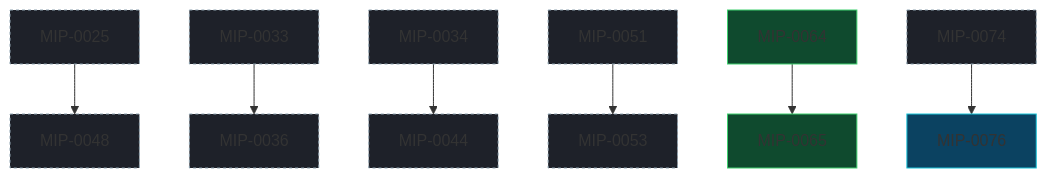
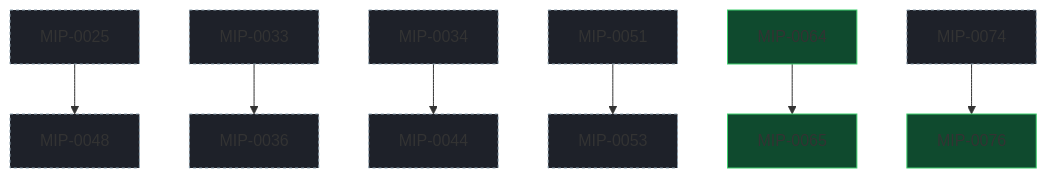
Before and after one commit to marola-dev/marola: the diagram in docs/MIPs/README.md, drawn with Mermaid. The commit also changed other lines of this file and 1 other file, not shown here.

Commit message:
docs(mips): MIP-0076 implemented (#758)
All 18 rows of MIP-0076.tasks.md merged across seven repos, with the fixes found on the way
(MAROLA_BUMP_PAT, the multi-line marketplace ref, array-built dispatch types) and the new-repo and
graphify-update docs the maintainer asked for before calling it done. Cost is each commit's trailer
counted once, since a stacked PR's commit list repeats the rows below it.

Closes #666
Closes #660

Tested: mip_graph.py --check (graph current, MIP-0076 now implemented); docs_lint; wiring --check (v0.8.1) green on a fresh --recurse-submodules clone of main at 5c39e95; row 16's re-test is #753's table
Cost: ~$0.71 · diff-size estimate (cost-split --estimate-commit)

````diff
--- a/docs/MIPs/README.md
+++ b/docs/MIPs/README.md
@@ -97,25 +97,25 @@
 ```mermaid
 flowchart TD
   classDef draft fill:#1e2129,stroke:#8fa3b0,stroke-dasharray:3 3;
   classDef accepted fill:#0b4261,stroke:#1ac5da;
   classDef implemented fill:#0f4a2e,stroke:#3ecf6e;
   classDef rejected fill:#2a2d35,stroke:#666,color:#999;
   M0025["MIP-0025"]:::draft
   M0033["MIP-0033"]:::draft
   M0034["MIP-0034"]:::draft
   M0036["MIP-0036"]:::draft
   M0044["MIP-0044"]:::draft
   M0048["MIP-0048"]:::draft
   M0051["MIP-0051"]:::draft
   M0053["MIP-0053"]:::draft
   M0064["MIP-0064"]:::implemented
   M0065["MIP-0065"]:::implemented
   M0074["MIP-0074"]:::draft
-  M0076["MIP-0076"]:::accepted
+  M0076["MIP-0076"]:::implemented
   M0025 --> M0048
   M0033 --> M0036
   M0034 --> M0044
   M0051 --> M0053
   M0064 --> M0065
   M0074 --> M0076
 ```
````
